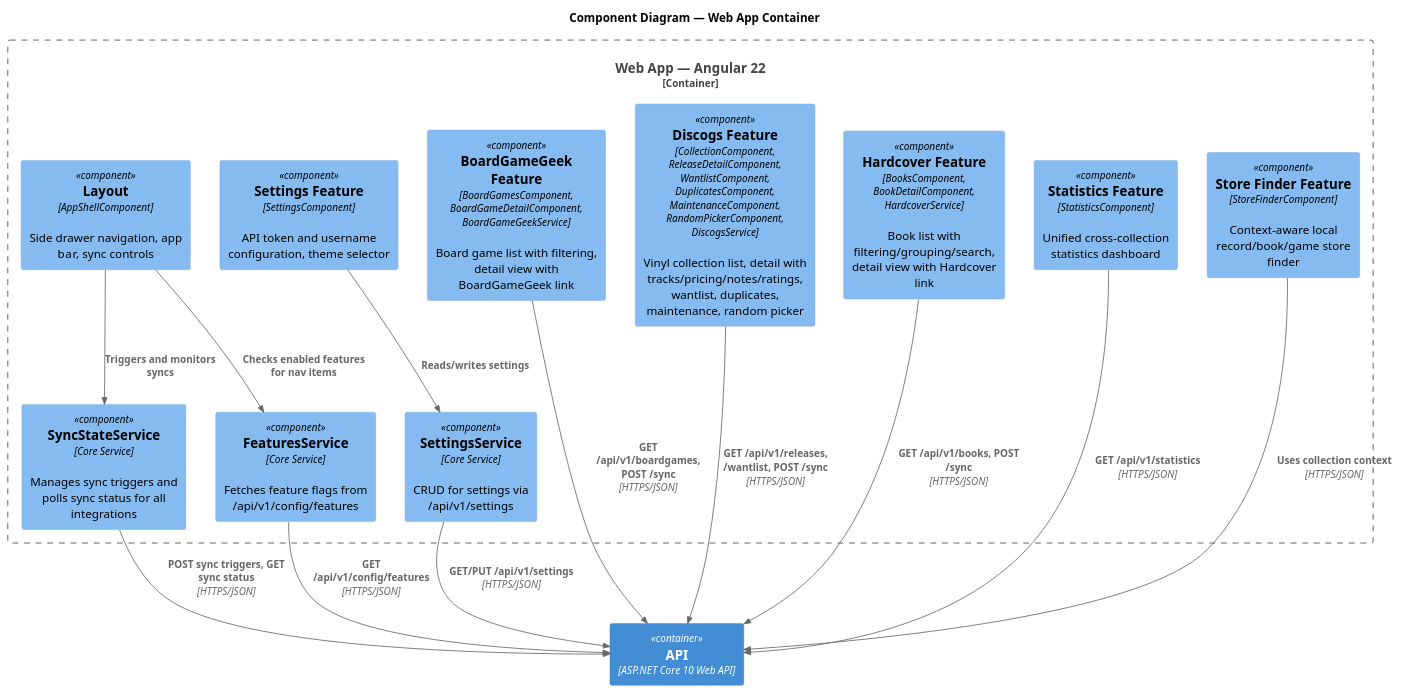
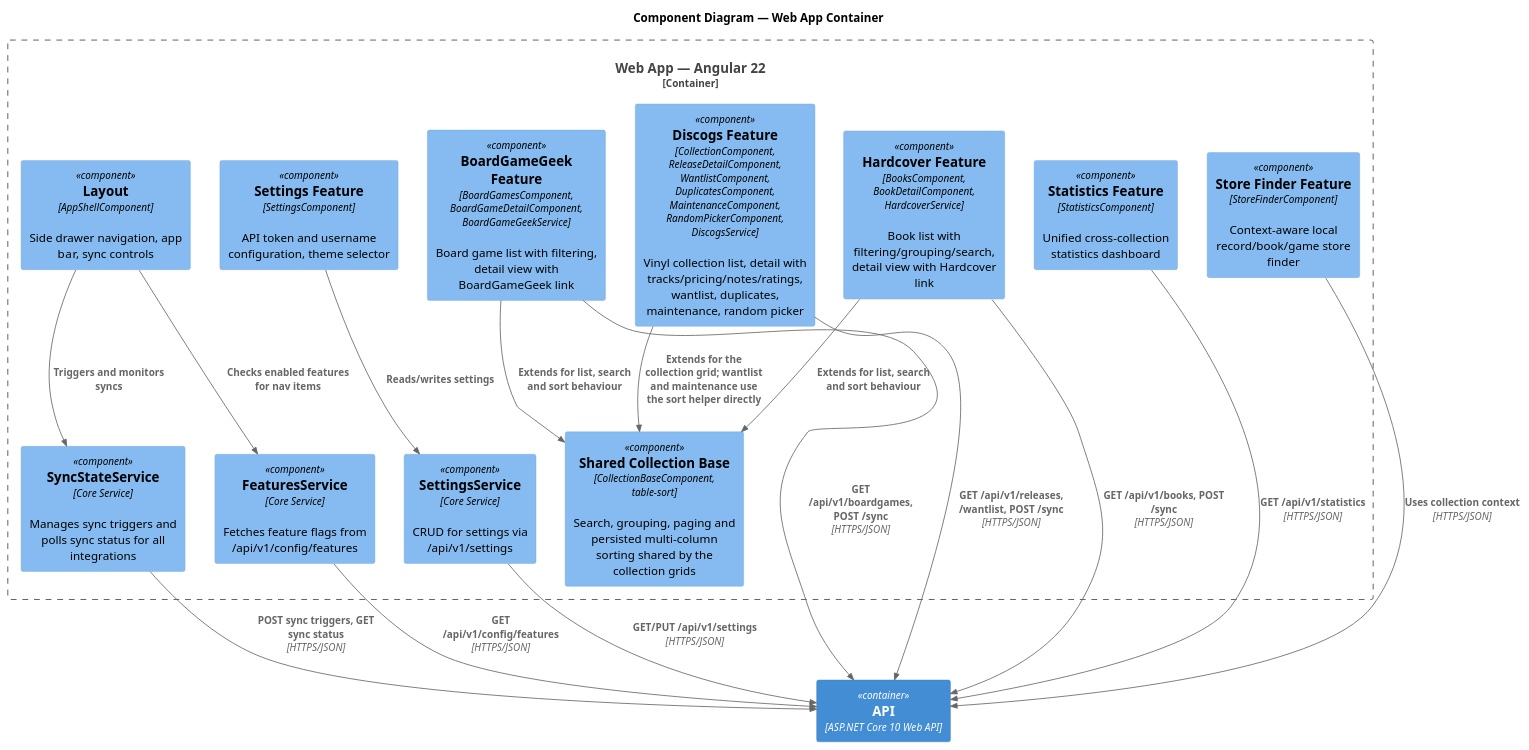
One commit to ronlease/All-By-Myshelf changed the diagram in docs/c4/component-web.puml. Above: the diagram before and after it, drawn with PlantUML. The commit also changed 2 other files, not shown here.

Commit message:
docs: record the C4 shared collection layer and flag ABM-035 as superseded
Pre-PR checklist follow-ups for the genre and sorting work.

- component-web.puml gains a "Shared Collection Base" component covering
  CollectionBaseComponent and table-sort, with relations from the three
  features that build on it. The wantlist and maintenance grids use the sort
  helper directly rather than extending the base.
- container.puml notes that the collection grids support search, grouping and
  persisted multi-column sorting.
- ABM-035 still read "Done" for a fix that never worked, which is misleading
  now that ABM-076 documents the real cached_tags shape. Its status points at
  the superseding item instead.

```diff
--- a/docs/c4/component-web.puml
+++ b/docs/c4/component-web.puml
@@ -1,37 +1,43 @@
 @startuml
 !include https://raw.githubusercontent.com/plantuml-stdlib/C4-PlantUML/master/C4_Component.puml
 
 title Component Diagram — Web App Container
 
 Container_Boundary(web, "Web App — Angular 22") {
     Component(layout, "Layout", "AppShellComponent", "Side drawer navigation, app bar, sync controls")
 
     Component(boardGameGeek, "BoardGameGeek Feature", "BoardGamesComponent, BoardGameDetailComponent, BoardGameGeekService", "Board game list with filtering, detail view with BoardGameGeek link")
     Component(discogs, "Discogs Feature", "CollectionComponent, ReleaseDetailComponent, WantlistComponent, DuplicatesComponent, MaintenanceComponent, RandomPickerComponent, DiscogsService", "Vinyl collection list, detail with tracks/pricing/notes/ratings, wantlist, duplicates, maintenance, random picker")
     Component(hardcover, "Hardcover Feature", "BooksComponent, BookDetailComponent, HardcoverService", "Book list with filtering/grouping/search, detail view with Hardcover link")
     Component(settingsFeature, "Settings Feature", "SettingsComponent", "API token and username configuration, theme selector")
     Component(statisticsFeature, "Statistics Feature", "StatisticsComponent", "Unified cross-collection statistics dashboard")
     Component(storeFinder, "Store Finder Feature", "StoreFinderComponent", "Context-aware local record/book/game store finder")
 
+    Component(sharedCollection, "Shared Collection Base", "CollectionBaseComponent, table-sort", "Search, grouping, paging and persisted multi-column sorting shared by the collection grids")
+
     Component(syncService, "SyncStateService", "Core Service", "Manages sync triggers and polls sync status for all integrations")
     Component(featuresService, "FeaturesService", "Core Service", "Fetches feature flags from /api/v1/config/features")
     Component(settingsService, "SettingsService", "Core Service", "CRUD for settings via /api/v1/settings")
 }
 
 Container(api, "API", "ASP.NET Core 10 Web API")
 
 Rel(layout, featuresService, "Checks enabled features for nav items")
 Rel(layout, syncService, "Triggers and monitors syncs")
 
 Rel(boardGameGeek, api, "GET /api/v1/boardgames, POST /sync", "HTTPS/JSON")
 Rel(discogs, api, "GET /api/v1/releases, /wantlist, POST /sync", "HTTPS/JSON")
 Rel(hardcover, api, "GET /api/v1/books, POST /sync", "HTTPS/JSON")
+
+Rel(boardGameGeek, sharedCollection, "Extends for list, search and sort behaviour")
+Rel(discogs, sharedCollection, "Extends for the collection grid; wantlist and maintenance use the sort helper directly")
+Rel(hardcover, sharedCollection, "Extends for list, search and sort behaviour")
 Rel(settingsFeature, settingsService, "Reads/writes settings")
 Rel(statisticsFeature, api, "GET /api/v1/statistics", "HTTPS/JSON")
 Rel(storeFinder, api, "Uses collection context", "HTTPS/JSON")
 
 Rel(syncService, api, "POST sync triggers, GET sync status", "HTTPS/JSON")
 Rel(featuresService, api, "GET /api/v1/config/features", "HTTPS/JSON")
 Rel(settingsService, api, "GET/PUT /api/v1/settings", "HTTPS/JSON")
 
 @enduml
```
